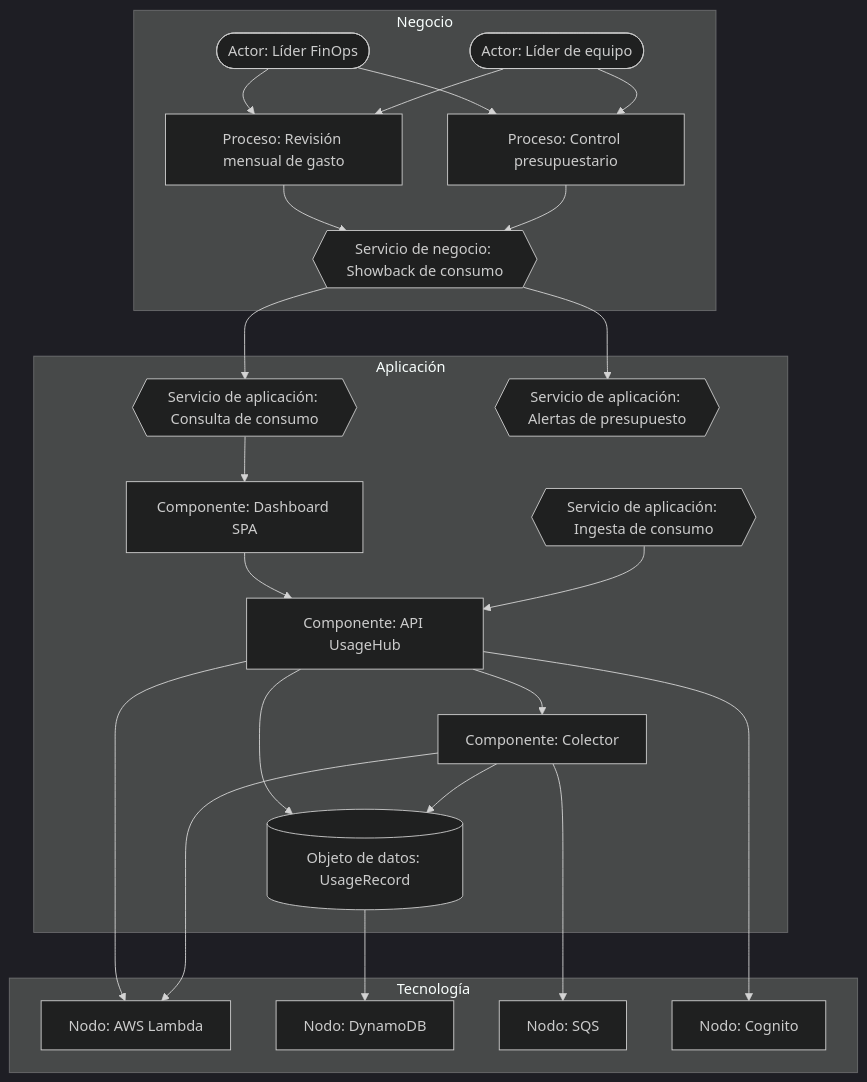
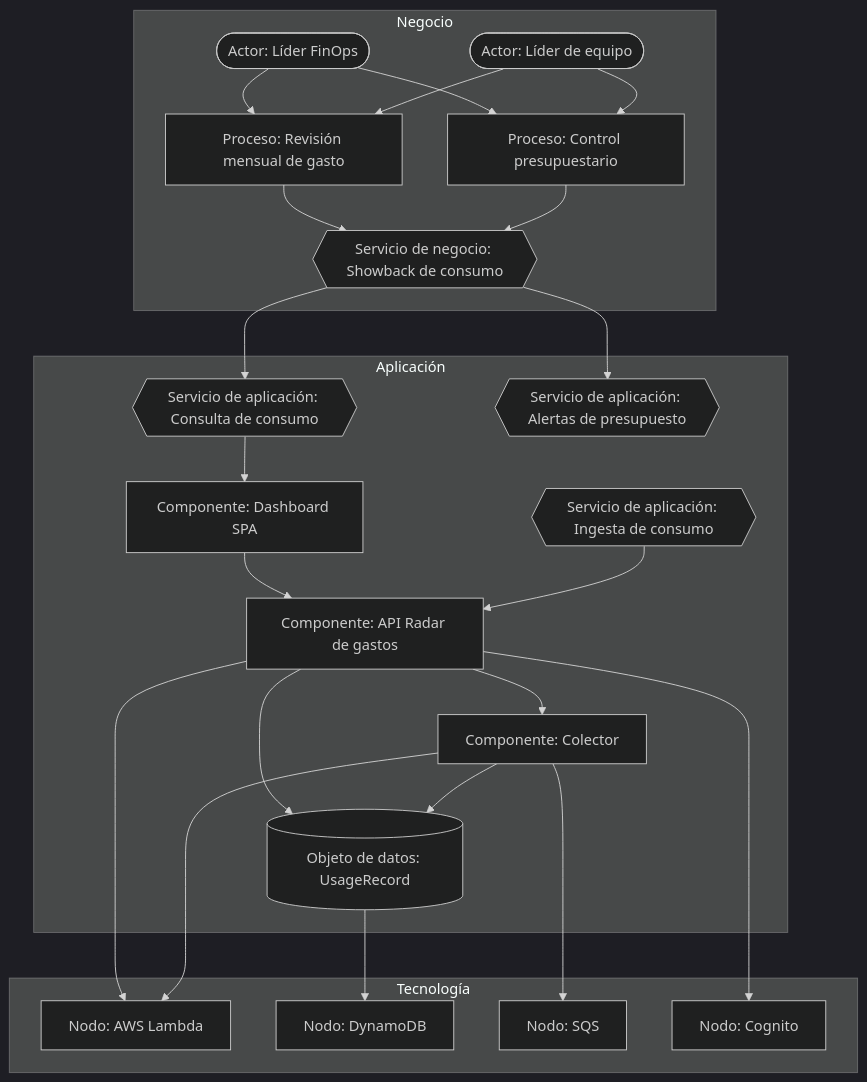
One commit to JimmySaito/radar-de-gastos-arquitectura changed the third of 4 diagrams in docs/05-arquitectura-empresarial.md. Above: the diagram before and after it, drawn with Mermaid (dark theme). The commit also changed 8 other files, not shown here.

First line of the commit message:
docs: renombrar el producto a Radar de gastos

````diff
--- a/docs/05-arquitectura-empresarial.md
+++ b/docs/05-arquitectura-empresarial.md
@@ -74,37 +74,37 @@
 ```mermaid
 flowchart TB
   subgraph Negocio
     a1([Actor: Líder FinOps])
     a2([Actor: Líder de equipo])
     p1[Proceso: Revisión mensual de gasto]
     p2[Proceso: Control presupuestario]
     s1{{Servicio de negocio: Showback de consumo}}
   end
   subgraph Aplicación
     as1{{Servicio de aplicación: Consulta de consumo}}
     as2{{Servicio de aplicación: Ingesta de consumo}}
     as3{{Servicio de aplicación: Alertas de presupuesto}}
     ac1[Componente: Dashboard SPA]
-    ac2[Componente: API UsageHub]
+    ac2[Componente: API Radar de gastos]
     ac3[Componente: Colector]
     do1[(Objeto de datos: UsageRecord)]
   end
   subgraph Tecnología
     t1[Nodo: AWS Lambda]
     t2[Nodo: DynamoDB]
     t3[Nodo: SQS]
     t4[Nodo: Cognito]
   end
   a1 & a2 --> p1 & p2
   p1 --> s1
   p2 --> s1
   s1 --> as1 & as3
   as1 --> ac1 --> ac2
   as2 --> ac2
   ac2 --> ac3
   ac2 & ac3 --> do1
   ac2 & ac3 --> t1
   do1 --> t2
   ac3 --> t3
   ac2 --> t4
 ```
````
